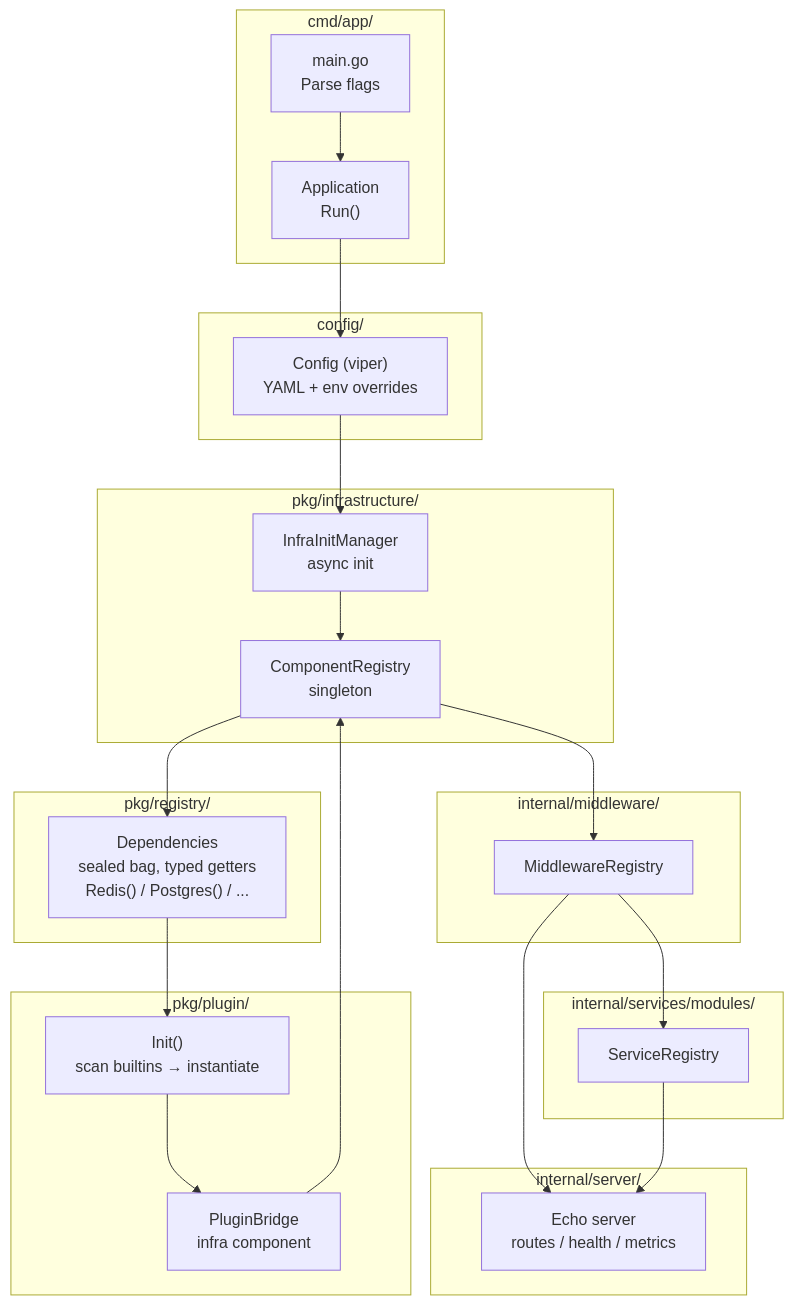
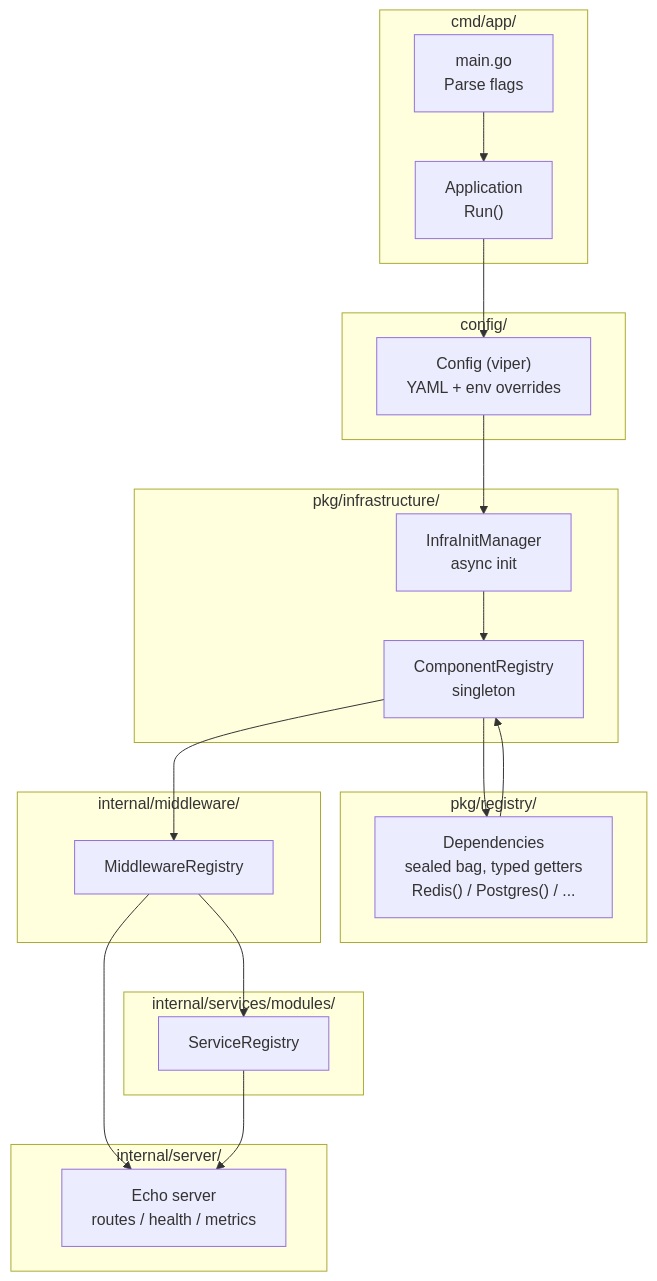
The first of 8 diagrams in DESIGN.md (diameter-tscd/stackyrd), drawn with Mermaid before and after one commit. The commit also changed other lines of this file and 6 other files, not shown here.

````diff
--- a/DESIGN.md
+++ b/DESIGN.md
@@ -5,50 +5,43 @@
 ```mermaid
 flowchart TB
     subgraph cmd["cmd/app/"]
         main["main.go<br/>Parse flags"]
         app["Application<br/>Run()"]
     end
 
     subgraph config["config/"]
         cfg["Config (viper)<br/>YAML + env overrides"]
     end
 
     subgraph infra["pkg/infrastructure/"]
         compReg["ComponentRegistry<br/>singleton"]
         infraInit["InfraInitManager<br/>async init"]
     end
 
     subgraph deps["pkg/registry/"]
         depBag["Dependencies<br/>sealed bag, typed getters<br/>Redis() / Postgres() / ..."]
     end
 
-    subgraph plugin["pkg/plugin/"]
-        plugInit["Init()<br/>scan builtins → instantiate"]
-        plugBridge["PluginBridge<br/>infra component"]
-    end
-
     subgraph mw["internal/middleware/"]
         mwReg["MiddlewareRegistry"]
     end
 
     subgraph svc["internal/services/modules/"]
         svcReg["ServiceRegistry"]
     end
 
     subgraph server["internal/server/"]
         srv["Echo server<br/>routes / health / metrics"]
     end
 
     main --> app
     app --> cfg
     cfg --> infraInit
     infraInit --> compReg
     compReg --> depBag
-    depBag --> plugInit
-    plugInit --> plugBridge
-    plugBridge --> compReg
+    depBag --> compReg
     compReg --> mwReg
     mwReg --> srv
     mwReg --> svcReg
     svcReg --> srv
 ```
````
